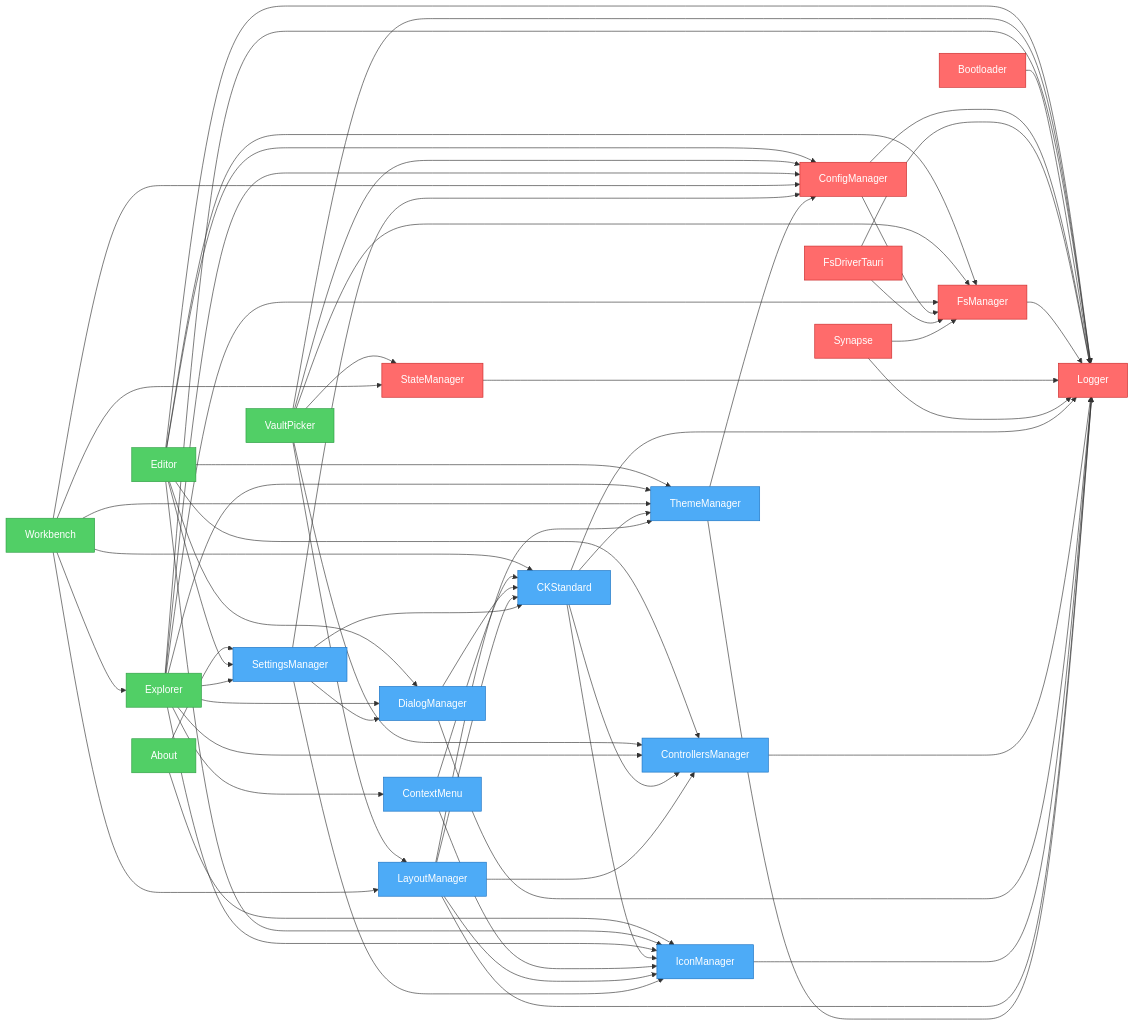
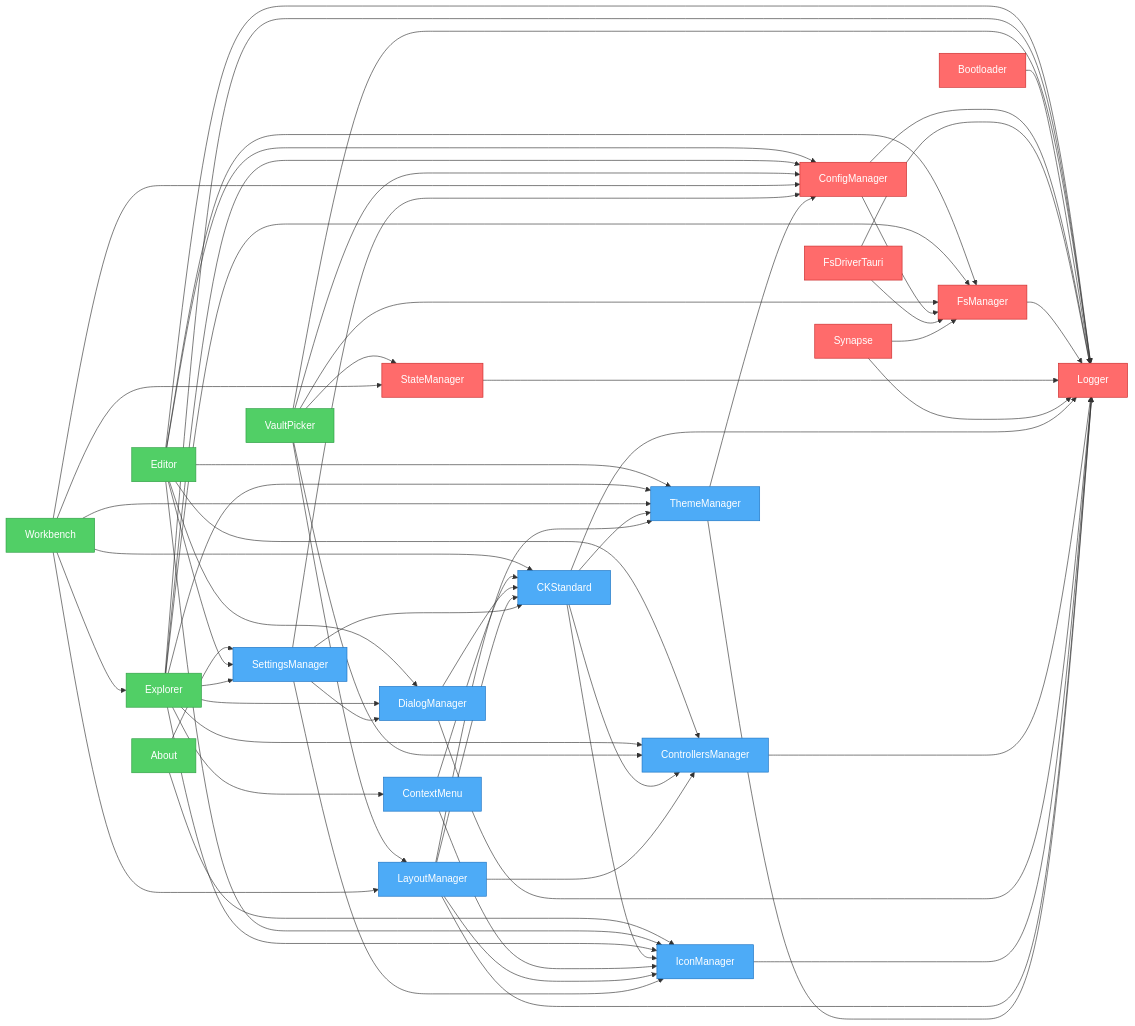
Before and after one commit to khton-tech/notehub.md: the diagram in artifacts/graph.mmd, drawn with Mermaid. The commit also changed other lines of this file and 8 other files, not shown here.

Commit message:
feat: Implement CLI build command, add Synapse and IconManager plugins, and generate dependency graph artifacts.

```diff
--- a/artifacts/graph.mmd
+++ b/artifacts/graph.mmd
@@ -1,91 +1,91 @@
 flowchart LR
     nh_features_about["About"]
     nh_features_editor["Editor"]
+    nh_features_explorer["Explorer"]
     nh_features_vault-picker["VaultPicker"]
-    nh_features_explorer["Explorer"]
     nh_features_workbench["Workbench"]
     nh_system_bootloader["Bootloader"]
     nh_system_config-manager["ConfigManager"]
     nh_system_fs-driver-tauri["FsDriverTauri"]
     nh_system_fs-manager["FsManager"]
     nh_system_logger["Logger"]
     nh_system_state-manager["StateManager"]
     nh_system_synapse["Synapse"]
     nh_ui_ck-standard["CKStandard"]
     nh_ui_context-menu["ContextMenu"]
     nh_ui_controllers-manager["ControllersManager"]
     nh_ui_dialog-manager["DialogManager"]
     nh_ui_icon-manager["IconManager"]
     nh_ui_layout-manager["LayoutManager"]
     nh_ui_settings-manager["SettingsManager"]
     nh_ui_theme-manager["ThemeManager"]
     nh_features_about --> nh_ui_settings-manager
     nh_features_about --> nh_ui_icon-manager
     nh_features_editor --> nh_system_config-manager
     nh_features_editor --> nh_ui_settings-manager
     nh_features_editor --> nh_system_fs-manager
     nh_features_editor --> nh_system_logger
     nh_features_editor --> nh_ui_controllers-manager
     nh_features_editor --> nh_ui_dialog-manager
     nh_features_editor --> nh_ui_icon-manager
     nh_features_editor --> nh_ui_theme-manager
-    nh_features_vault-picker --> nh_system_fs-manager
-    nh_features_vault-picker --> nh_system_config-manager
-    nh_features_vault-picker --> nh_system_state-manager
-    nh_features_vault-picker --> nh_system_logger
-    nh_features_vault-picker --> nh_ui_controllers-manager
-    nh_features_vault-picker --> nh_ui_layout-manager
     nh_features_explorer --> nh_system_config-manager
     nh_features_explorer --> nh_ui_settings-manager
     nh_features_explorer --> nh_system_fs-manager
     nh_features_explorer --> nh_system_logger
     nh_features_explorer --> nh_ui_controllers-manager
     nh_features_explorer --> nh_ui_icon-manager
     nh_features_explorer --> nh_ui_theme-manager
     nh_features_explorer --> nh_ui_context-menu
     nh_features_explorer --> nh_ui_dialog-manager
+    nh_features_vault-picker --> nh_system_fs-manager
+    nh_features_vault-picker --> nh_system_config-manager
+    nh_features_vault-picker --> nh_system_state-manager
+    nh_features_vault-picker --> nh_system_logger
+    nh_features_vault-picker --> nh_ui_controllers-manager
+    nh_features_vault-picker --> nh_ui_layout-manager
     nh_features_workbench --> nh_system_config-manager
     nh_features_workbench --> nh_ui_layout-manager
     nh_features_workbench --> nh_ui_theme-manager
     nh_features_workbench --> nh_ui_ck-standard
     nh_features_workbench --> nh_system_state-manager
     nh_features_workbench --> nh_features_explorer
     nh_system_bootloader --> nh_system_logger
     nh_system_config-manager --> nh_system_logger
     nh_system_config-manager --> nh_system_fs-manager
     nh_system_fs-driver-tauri --> nh_system_logger
     nh_system_fs-driver-tauri --> nh_system_fs-manager
     nh_system_fs-manager --> nh_system_logger
     nh_system_state-manager --> nh_system_logger
     nh_system_synapse --> nh_system_fs-manager
     nh_system_synapse --> nh_system_logger
     nh_ui_ck-standard --> nh_system_logger
     nh_ui_ck-standard --> nh_ui_controllers-manager
     nh_ui_ck-standard --> nh_ui_icon-manager
     nh_ui_ck-standard --> nh_ui_theme-manager
     nh_ui_context-menu --> nh_ui_icon-manager
     nh_ui_context-menu --> nh_ui_ck-standard
     nh_ui_controllers-manager --> nh_system_logger
     nh_ui_dialog-manager --> nh_system_logger
     nh_ui_dialog-manager --> nh_ui_ck-standard
     nh_ui_icon-manager --> nh_system_logger
     nh_ui_layout-manager --> nh_system_logger
     nh_ui_layout-manager --> nh_ui_theme-manager
     nh_ui_layout-manager --> nh_ui_icon-manager
     nh_ui_layout-manager --> nh_ui_controllers-manager
     nh_ui_layout-manager --> nh_ui_ck-standard
     nh_ui_settings-manager --> nh_system_config-manager
     nh_ui_settings-manager --> nh_ui_ck-standard
     nh_ui_settings-manager --> nh_ui_icon-manager
     nh_ui_settings-manager --> nh_ui_dialog-manager
     nh_ui_theme-manager --> nh_system_logger
     nh_ui_theme-manager --> nh_system_config-manager
 
     %% Styles
     classDef system fill:#ff6b6b,stroke:#c92a2a,color:#fff
     classDef ui fill:#4dabf7,stroke:#1971c2,color:#fff
     classDef feature fill:#51cf66,stroke:#2f9e44,color:#fff
     class nh_features_about,nh_features_vault-picker feature
     class nh_features_editor,nh_features_explorer,nh_features_workbench feature
     class nh_system_bootloader,nh_system_config-manager,nh_system_fs-driver-tauri,nh_system_fs-manager,nh_system_logger,nh_system_state-manager,nh_system_synapse system
     class nh_ui_ck-standard,nh_ui_context-menu,nh_ui_controllers-manager,nh_ui_dialog-manager,nh_ui_icon-manager,nh_ui_layout-manager,nh_ui_settings-manager,nh_ui_theme-manager ui
```
